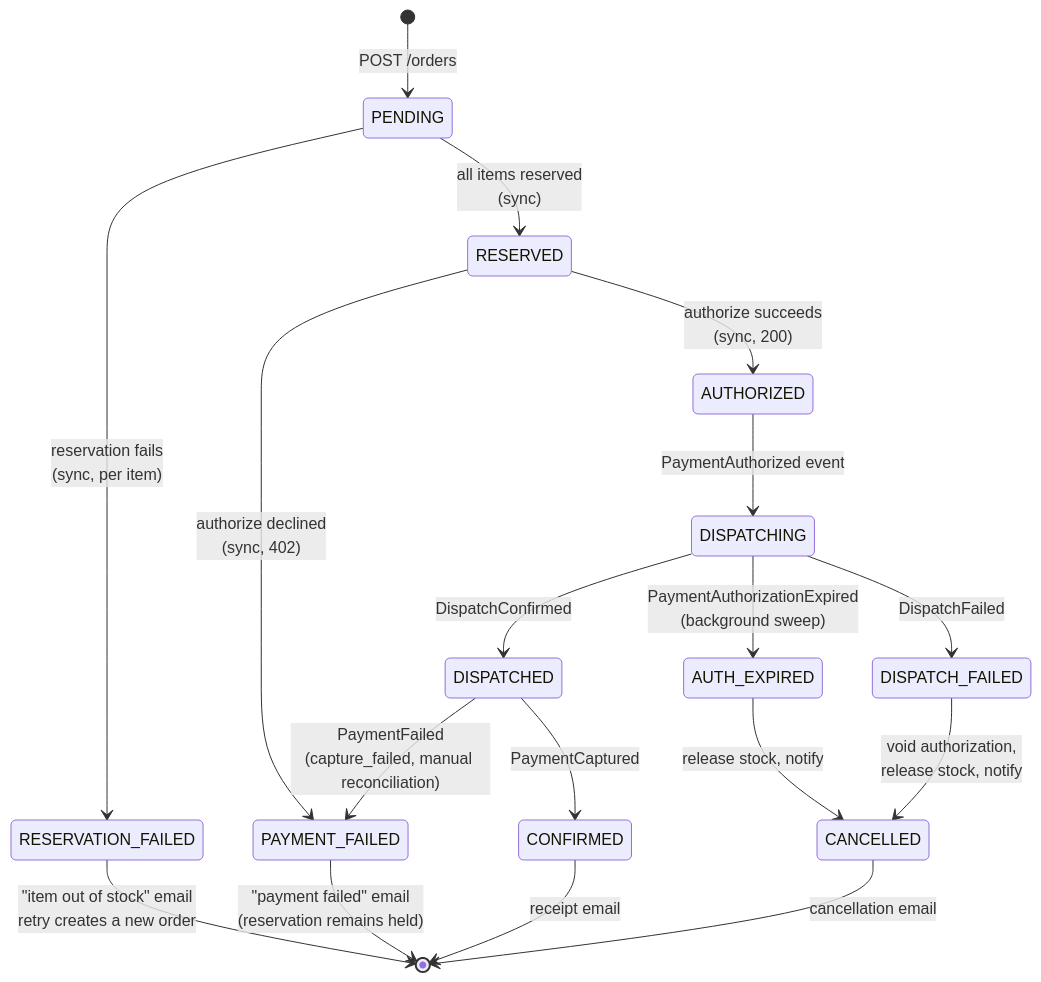
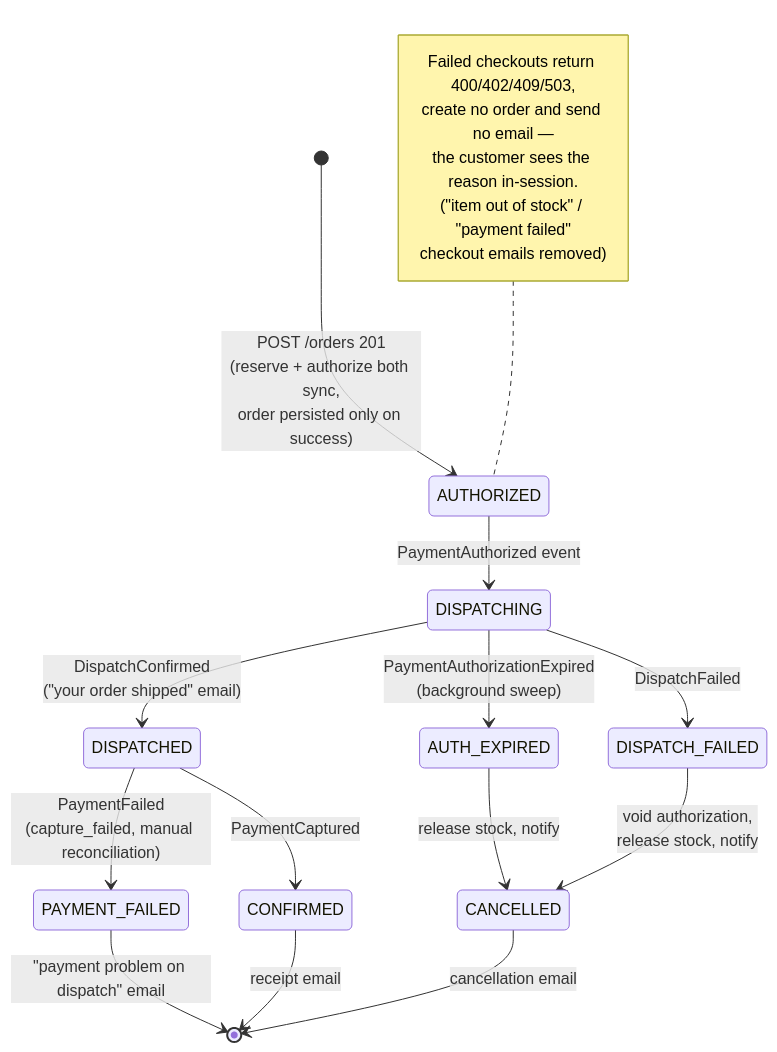
The diagram in docs/diagrams/order-lifecycle.mmd (beckfordp/gluon), drawn with Mermaid before and after one commit. The commit also changed 12 other files, not shown here.

Commit message:
docs(adr): Add ADR 0018 — no order row until authorized

```diff
--- a/docs/diagrams/order-lifecycle.mmd
+++ b/docs/diagrams/order-lifecycle.mmd
@@ -1,23 +1,25 @@
 stateDiagram-v2
-    [*] --> PENDING: POST /orders
-    PENDING --> RESERVATION_FAILED: reservation fails<br/>(sync, per item)
-    RESERVATION_FAILED --> [*]: "item out of stock" email<br/>retry creates a new order
+    [*] --> AUTHORIZED: POST /orders 201<br/>(reserve + authorize both sync,<br/>order persisted only on success)
 
-    PENDING --> RESERVED: all items reserved<br/>(sync)
-    RESERVED --> PAYMENT_FAILED: authorize declined<br/>(sync, 402)
-    PAYMENT_FAILED --> [*]: "payment failed" email<br/>(reservation remains held)
+    note left of AUTHORIZED
+        Failed checkouts return 400/402/409/503,
+        create no order and send no email —
+        the customer sees the reason in-session.
+        ("item out of stock" / "payment failed"
+        checkout emails removed)
+    end note
 
-    RESERVED --> AUTHORIZED: authorize succeeds<br/>(sync, 200)
     AUTHORIZED --> DISPATCHING: PaymentAuthorized event
-    DISPATCHING --> DISPATCHED: DispatchConfirmed
+    DISPATCHING --> DISPATCHED: DispatchConfirmed<br/>("your order shipped" email)
     DISPATCHING --> DISPATCH_FAILED: DispatchFailed
     DISPATCHING --> AUTH_EXPIRED: PaymentAuthorizationExpired<br/>(background sweep)
 
     DISPATCHED --> CONFIRMED: PaymentCaptured
     DISPATCHED --> PAYMENT_FAILED: PaymentFailed<br/>(capture_failed, manual reconciliation)
 
     AUTH_EXPIRED --> CANCELLED: release stock, notify
     DISPATCH_FAILED --> CANCELLED: void authorization,<br/>release stock, notify
 
+    PAYMENT_FAILED --> [*]: "payment problem on dispatch" email
     CONFIRMED --> [*]: receipt email
     CANCELLED --> [*]: cancellation email
```
